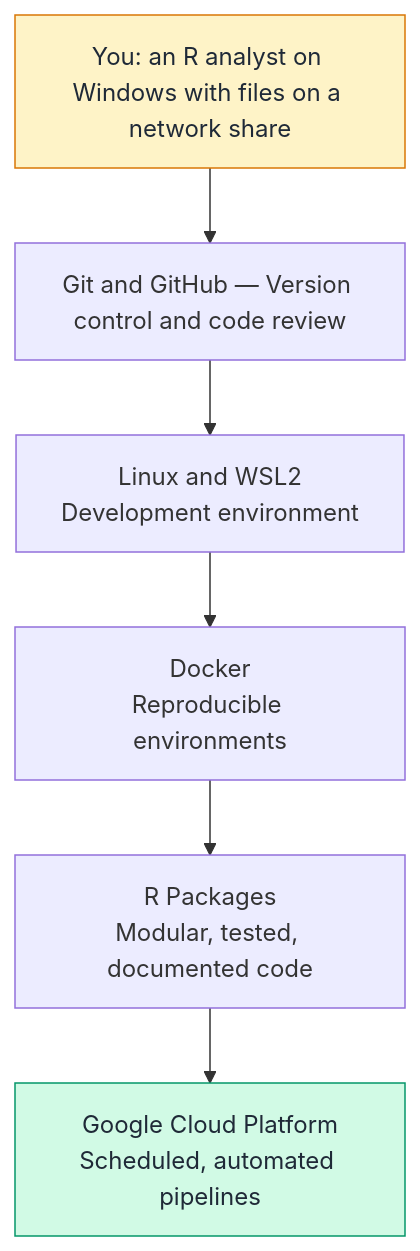
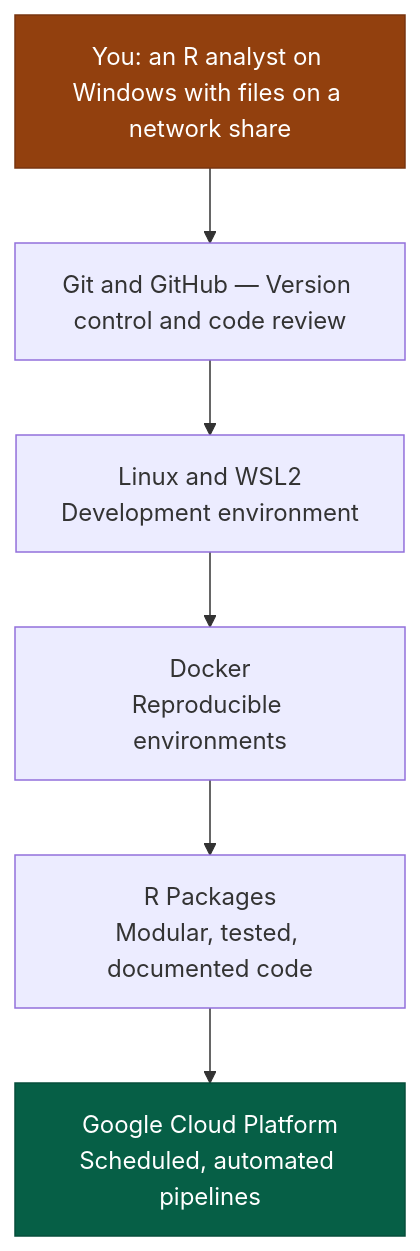
One commit to Ch3w3y/docker_gcp changed the first of 2 diagrams in docs/index.md. Above: the diagram before and after it, drawn with Mermaid. The commit also changed other lines of this file and 8 other files, not shown here.

First line of the commit message:
fix(a11y): replace all pastel Mermaid fills with PHW-aligned semantic palette

````diff
--- a/docs/index.md
+++ b/docs/index.md
@@ -24,14 +24,14 @@
 ```mermaid
 flowchart TD
     A["You: an R analyst on Windows with files on a network share"]
     B["Git and GitHub — Version control and code review"]
     C["Linux and WSL2<br/>Development environment"]
     D["Docker<br/>Reproducible environments"]
     E["R Packages<br/>Modular, tested, documented code"]
     F["Google Cloud Platform<br/>Scheduled, automated pipelines"]
 
     A --> B --> C --> D --> E --> F
 
-    style A fill:#fef3c7,stroke:#d97706,color:#1f2937
-    style F fill:#d1fae5,stroke:#059669,color:#1f2937
+    style A fill:#92400e,stroke:#78350f,color:#ffffff
+    style F fill:#065f46,stroke:#064e3b,color:#ffffff
 ```
````
